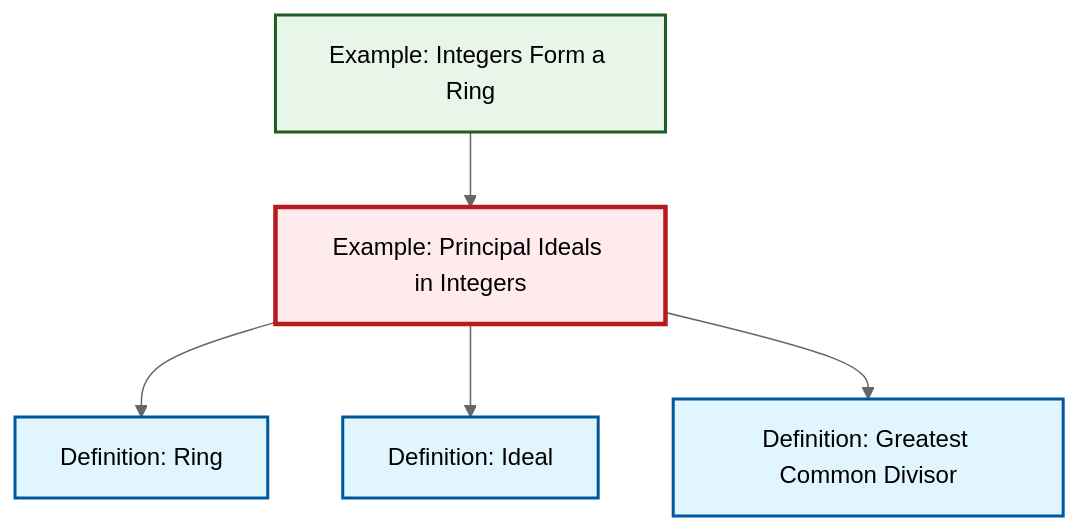
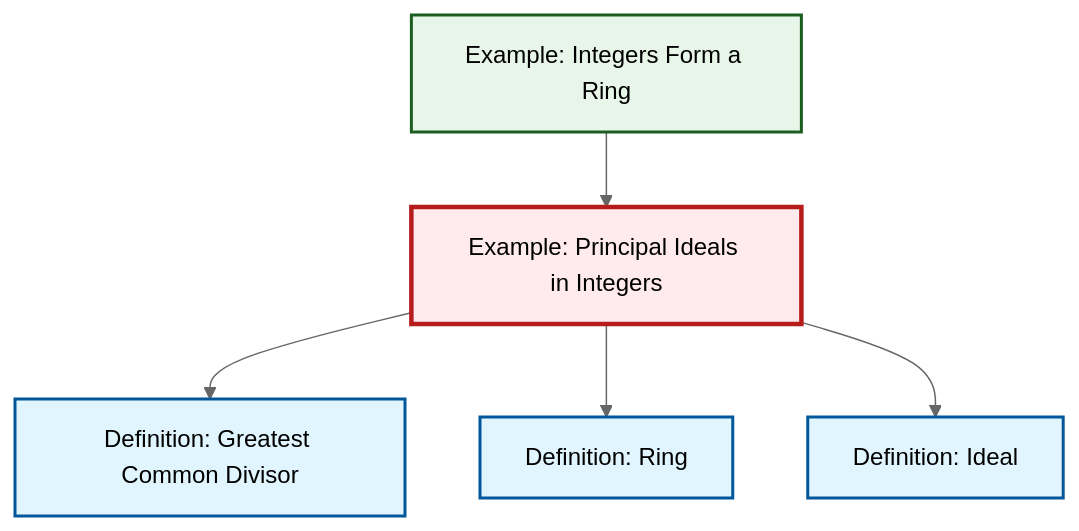
Before and after one commit to RK0429/ModernMath: the diagram in content/en/algebra/ex-principal-ideal.qmd, drawn with Mermaid (neutral theme). The commit also changed other lines of this file and 554 other files, not shown here.

````diff
--- a/content/en/algebra/ex-principal-ideal.qmd
+++ b/content/en/algebra/ex-principal-ideal.qmd
@@ -63,23 +63,23 @@
 ```{mermaid}
 %%| fig-cap: "Local dependency graph"
 graph TD
     classDef definition fill:#e1f5fe,stroke:#01579b,stroke-width:2px
     classDef theorem fill:#f3e5f5,stroke:#4a148c,stroke-width:2px
     classDef axiom fill:#fff3e0,stroke:#e65100,stroke-width:2px
     classDef example fill:#e8f5e9,stroke:#1b5e20,stroke-width:2px
     classDef current fill:#ffebee,stroke:#b71c1c,stroke-width:3px
+    ex-principal-ideal["Example: Principal Ideals in Integers"]:::example
+    def-ring["Definition: Ring"]:::definition
     def-ideal["Definition: Ideal"]:::definition
+    ex-integers-ring["Example: Integers Form a Ring"]:::example
     def-gcd["Definition: Greatest Common Divisor"]:::definition
-    ex-integers-ring["Example: Integers Form a Ring"]:::example
-    def-ring["Definition: Ring"]:::definition
-    ex-principal-ideal["Example: Principal Ideals in Integers"]:::example
+    ex-principal-ideal --> def-gcd
+    ex-principal-ideal --> def-ring
     ex-integers-ring --> ex-principal-ideal
-    ex-principal-ideal --> def-ring
     ex-principal-ideal --> def-ideal
-    ex-principal-ideal --> def-gcd
     class ex-principal-ideal current
+    click def-ring "def-ring.html" "Go to Ring definition"
     click def-ideal "def-ideal.html" "Go to Ideal definition"
+    click ex-integers-ring "ex-integers-ring.html" "Go to Integers Form a Ring example"
     click def-gcd "def-gcd.html" "Go to Greatest Common Divisor definition"
-    click ex-integers-ring "ex-integers-ring.html" "Go to Integers Form a Ring example"
-    click def-ring "def-ring.html" "Go to Ring definition"
 ```
````
